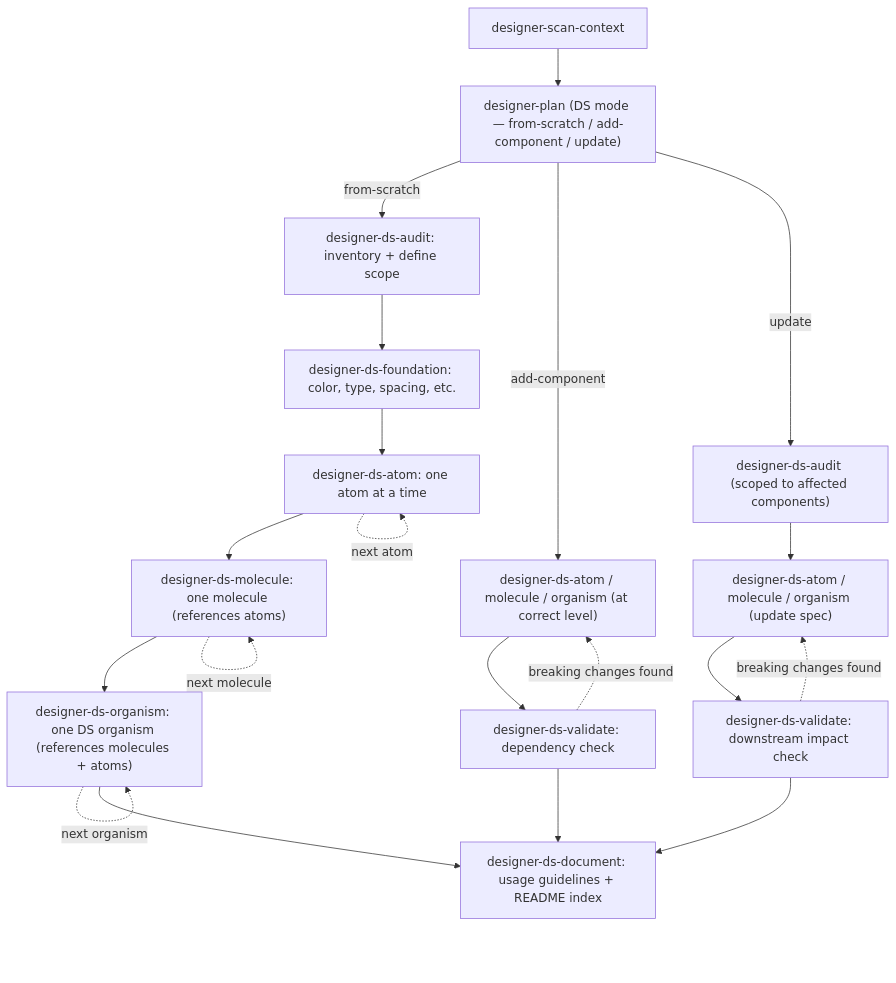
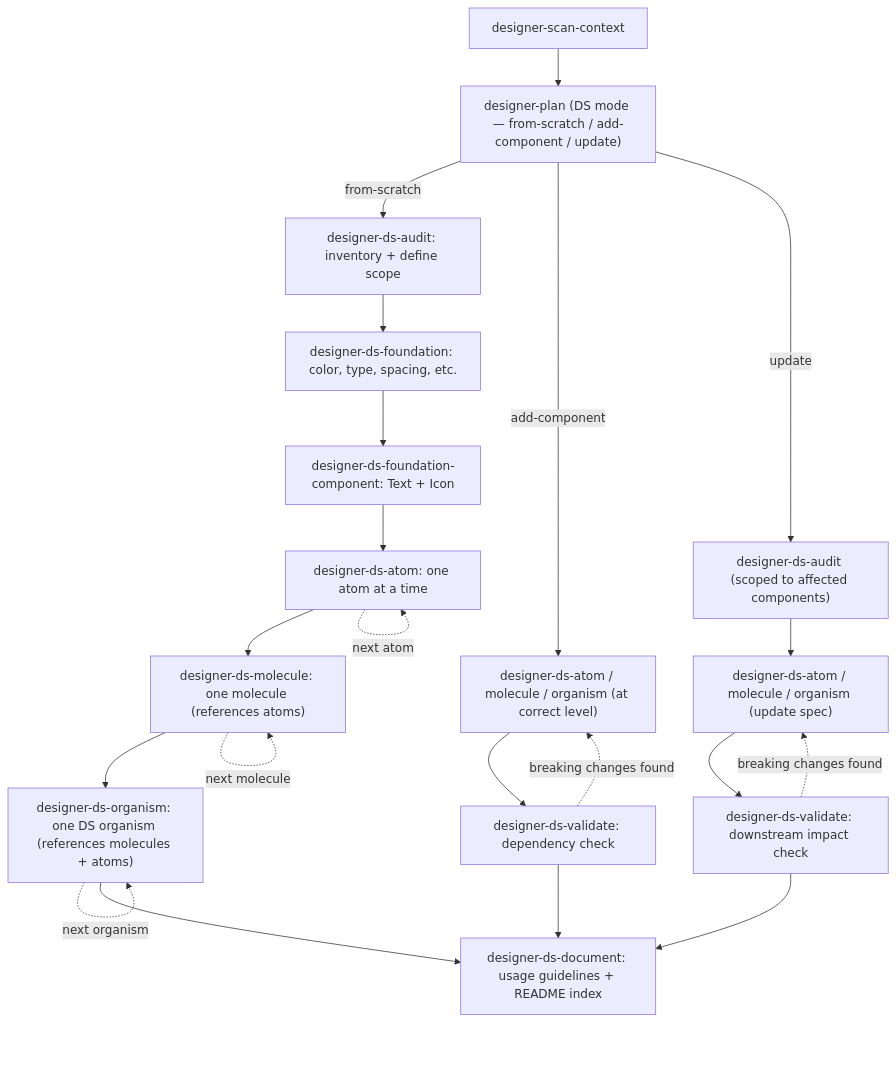
Before and after one commit to hoang-transperfect/role-based-agents: the second of 2 diagrams in assistants/designer-assistant/designer-assistant.md, drawn with Mermaid. The commit also changed other lines of this file and 4 other files, not shown here.

Commit message:
add foundation component

````diff
--- a/assistants/designer-assistant/designer-assistant.md
+++ b/assistants/designer-assistant/designer-assistant.md
@@ -121,22 +122,23 @@
 ```mermaid
 flowchart TD
     SC["designer-scan-context"] --> PL["designer-plan (DS mode — from-scratch / add-component / update)"]
     PL -->|from-scratch| AU["designer-ds-audit: inventory + define scope"]
     AU --> FN["designer-ds-foundation: color, type, spacing, etc."]
-    FN --> AT["designer-ds-atom: one atom at a time"]
+    FN --> FC["designer-ds-foundation-component: Text + Icon"]
+    FC --> AT["designer-ds-atom: one atom at a time"]
     AT --> MO["designer-ds-molecule: one molecule (references atoms)"]
     MO --> OR["designer-ds-organism: one DS organism (references molecules + atoms)"]
     OR --> DO["designer-ds-document: usage guidelines + README index"]
     AT -.->|next atom| AT
     MO -.->|next molecule| MO
     OR -.->|next organism| OR
     PL -->|add-component| SP["designer-ds-atom / molecule / organism (at correct level)"]
     SP --> VA["designer-ds-validate: dependency check"]
     VA --> DO
     PL -->|update| AU2["designer-ds-audit (scoped to affected components)"]
     AU2 --> SP2["designer-ds-atom / molecule / organism (update spec)"]
     SP2 --> VA2["designer-ds-validate: downstream impact check"]
     VA2 --> DO
     VA -.->|breaking changes found| SP
     VA2 -.->|breaking changes found| SP2
 ```
````
